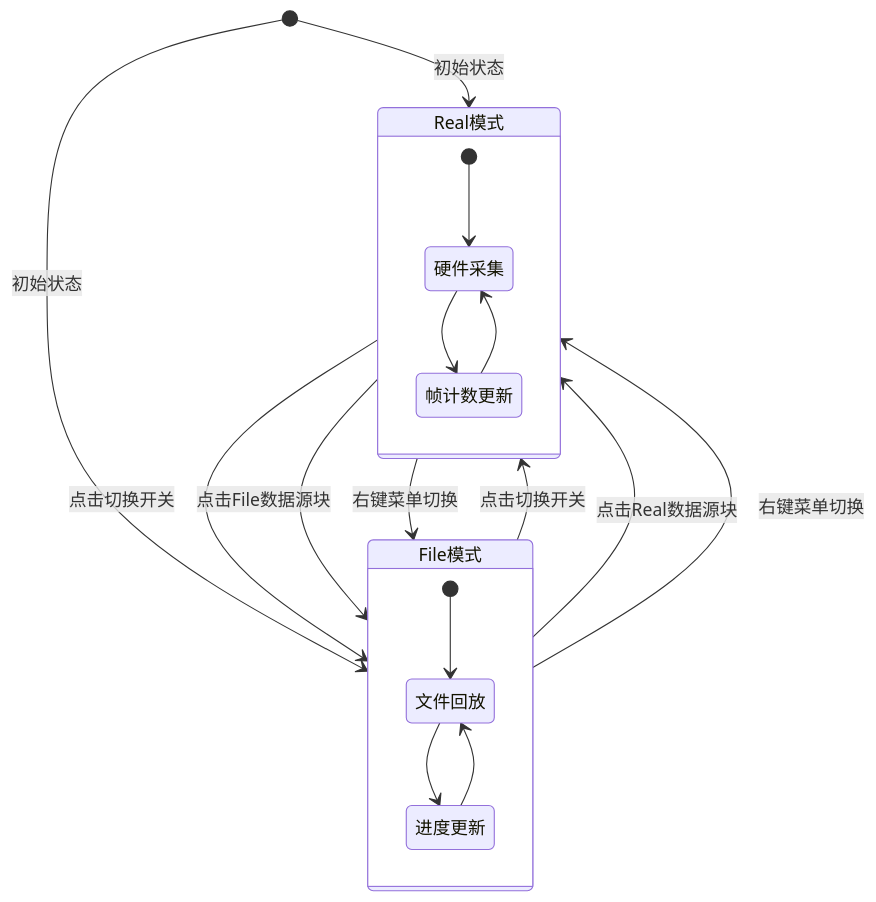
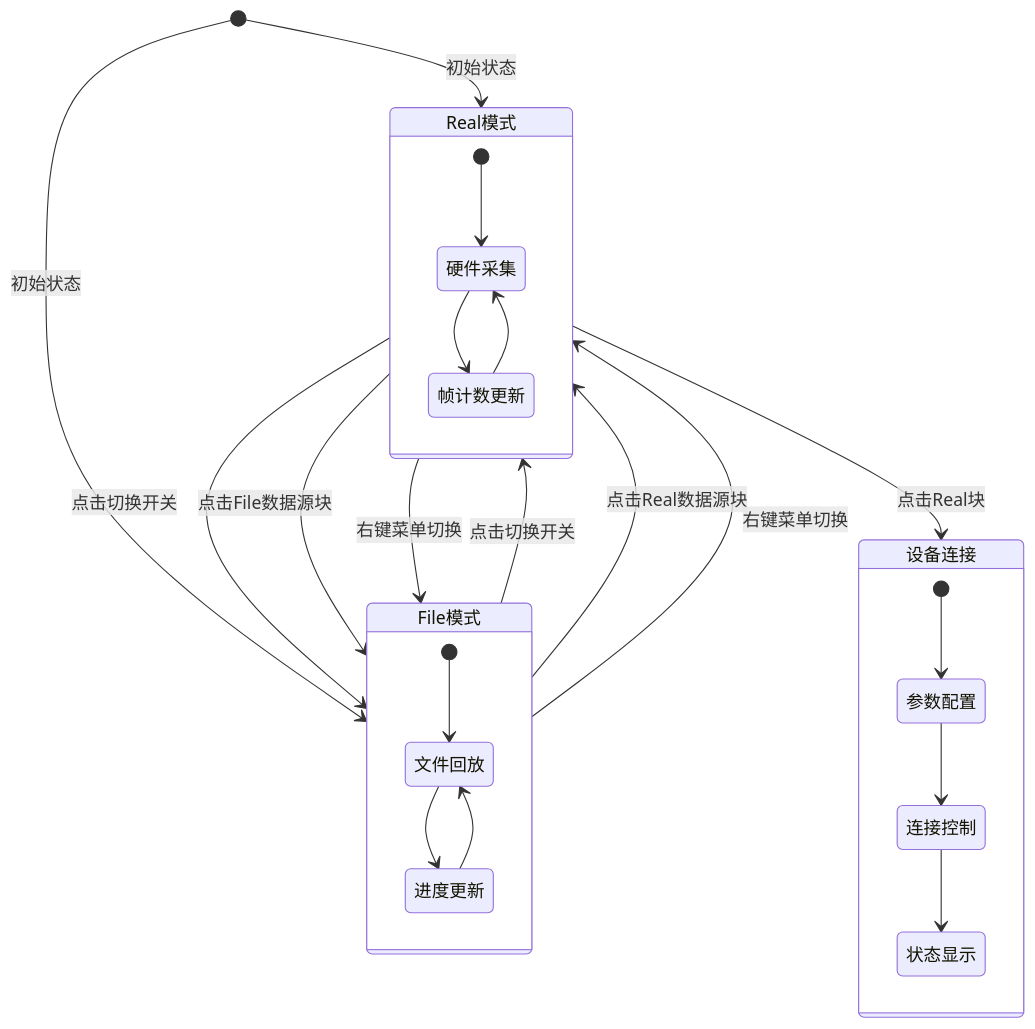
Before and after one commit to jakecai1225-design/OpenBus: the sixth of 10 diagrams in .qoder/repowiki/zh/content/架构设计/UI系统设计/测量设置视图组件.md, drawn with Mermaid. The commit also changed other lines of this file and 35 other files, not shown here.

````diff
--- a/.qoder/repowiki/zh/content/架构设计/UI系统设计/测量设置视图组件.md
+++ b/.qoder/repowiki/zh/content/架构设计/UI系统设计/测量设置视图组件.md
@@ -311,21 +382,27 @@
 ```mermaid
 stateDiagram-v2
 [*] --> Real模式 : 初始状态
 [*] --> File模式 : 初始状态
 Real模式 --> File模式 : 点击切换开关
 File模式 --> Real模式 : 点击切换开关
 Real模式 --> File模式 : 点击File数据源块
 File模式 --> Real模式 : 点击Real数据源块
 Real模式 --> File模式 : 右键菜单切换
 File模式 --> Real模式 : 右键菜单切换
+Real模式 --> 设备连接 : 点击Real块
 state Real模式 {
 [*] --> 硬件采集
 硬件采集 --> 帧计数更新
 帧计数更新 --> 硬件采集
 }
 state File模式 {
 [*] --> 文件回放
 文件回放 --> 进度更新
 进度更新 --> 文件回放
 }
+state 设备连接 {
+[*] --> 参数配置
+参数配置 --> 连接控制
+连接控制 --> 状态显示
+}
 ```
````
